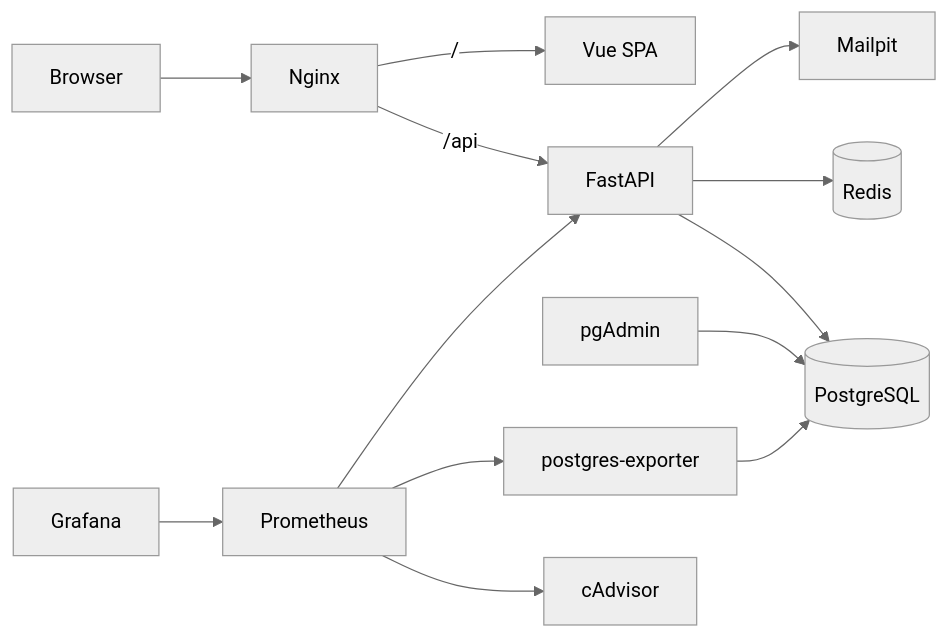
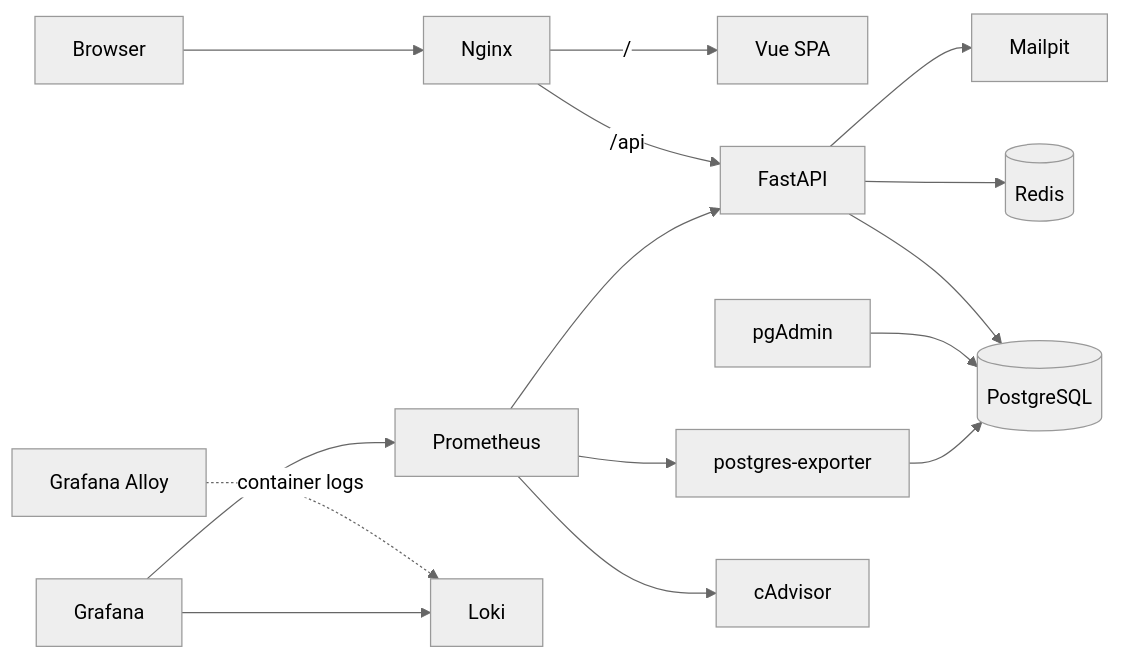
One commit to wahid09/RoleGate changed the diagram in README.md. Above: the diagram before and after it, drawn with Mermaid (neutral theme). The commit also changed other lines of this file and 1 other file, not shown here.

````diff
--- a/README.md
+++ b/README.md
@@ -49,14 +62,17 @@
 ```mermaid
 flowchart LR
     Browser --> Nginx
     Nginx -->|/| Frontend[Vue SPA]
     Nginx -->|/api| Backend[FastAPI]
     Backend --> Postgres[(PostgreSQL)]
     Backend --> Redis[(Redis)]
     Backend --> Mailpit
     pgAdmin --> Postgres
+
     Prometheus --> Backend
     Prometheus --> PGExporter[postgres-exporter] --> Postgres
     Prometheus --> cAdvisor
+    Alloy["Grafana Alloy"] -. container logs .-> Loki
     Grafana --> Prometheus
+    Grafana --> Loki
 ```
````
